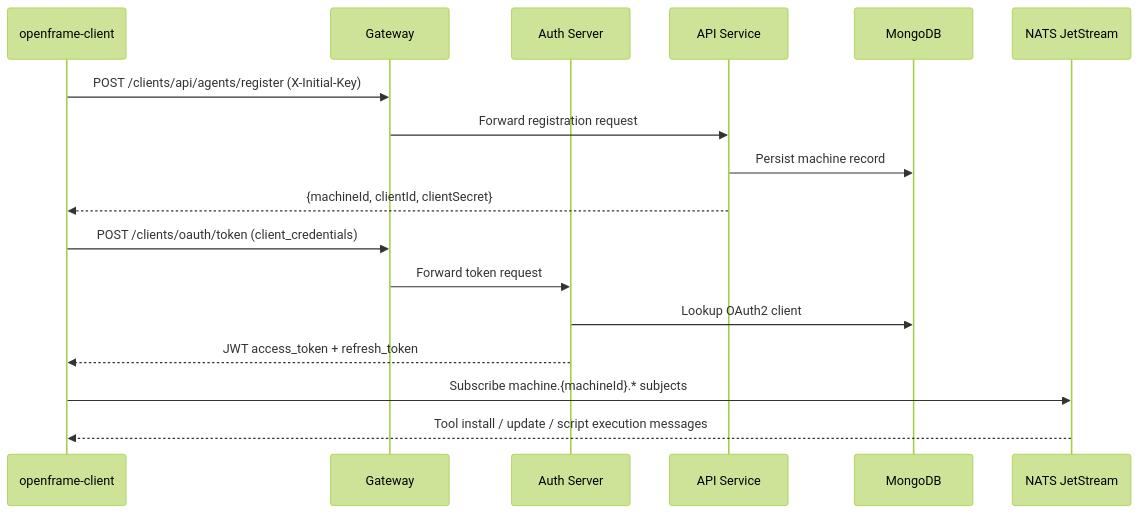
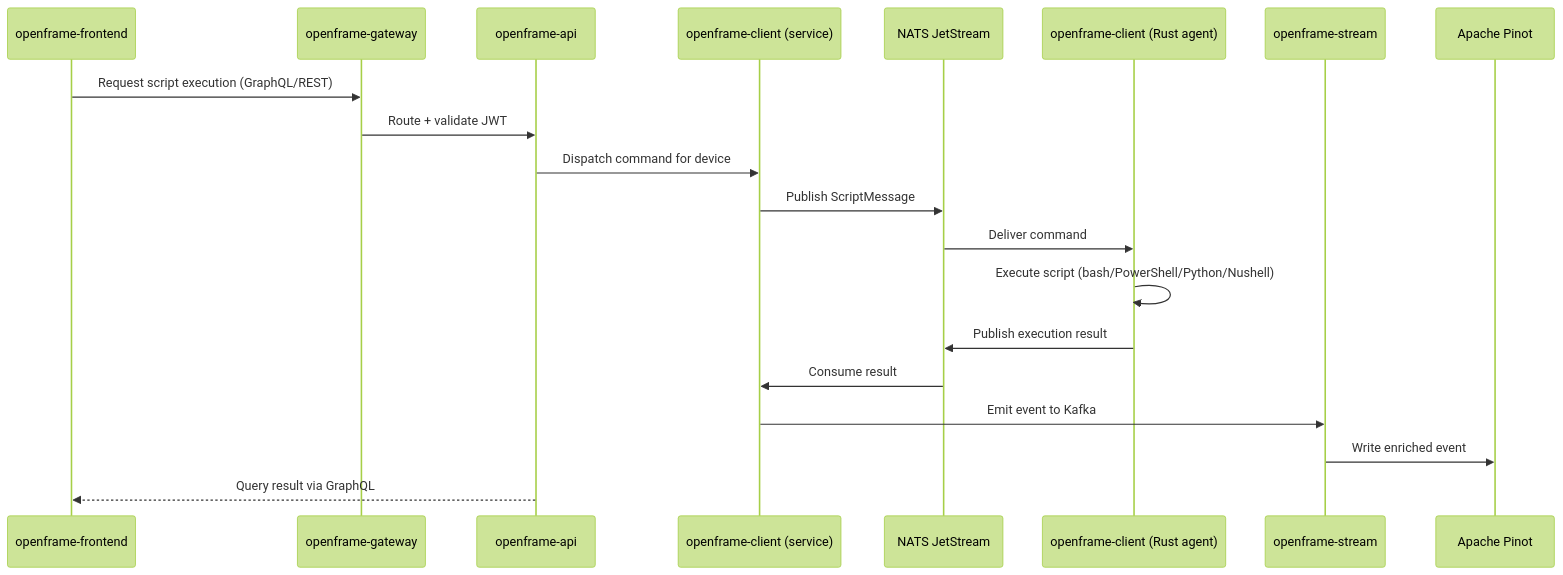
Before and after one commit to flamingo-stack/openframe-oss-tenant: the third of 4 diagrams in docs/development/architecture/README.md, drawn with Mermaid (forest theme). The commit also changed other lines of this file and 28 other files, not shown here.

````diff
--- a/docs/development/architecture/README.md
+++ b/docs/development/architecture/README.md
@@ -82,20 +114,23 @@
 ```mermaid
 sequenceDiagram
-    participant Agent as openframe-client
-    participant GW as Gateway
-    participant Auth as Auth Server
-    participant API as API Service
-    participant Mongo as MongoDB
+    participant UI as openframe-frontend
+    participant GW as openframe-gateway
+    participant API as openframe-api
+    participant CS as openframe-client (service)
     participant NATS as NATS JetStream
+    participant Agent as openframe-client (Rust agent)
+    participant Stream as openframe-stream
+    participant Pinot as Apache Pinot
 
-    Agent->>GW: POST /clients/api/agents/register (X-Initial-Key)
-    GW->>API: Forward registration request
-    API->>Mongo: Persist machine record
-    API-->>Agent: {machineId, clientId, clientSecret}
-    Agent->>GW: POST /clients/oauth/token (client_credentials)
-    GW->>Auth: Forward token request
-    Auth->>Mongo: Lookup OAuth2 client
-    Auth-->>Agent: JWT access_token + refresh_token
-    Agent->>NATS: Subscribe machine.{machineId}.* subjects
-    NATS-->>Agent: Tool install / update / script execution messages
+    UI->>GW: Request script execution (GraphQL/REST)
+    GW->>API: Route + validate JWT
+    API->>CS: Dispatch command for device
+    CS->>NATS: Publish ScriptMessage
+    NATS->>Agent: Deliver command
+    Agent->>Agent: Execute script (bash/PowerShell/Python/Nushell)
+    Agent->>NATS: Publish execution result
+    NATS->>CS: Consume result
+    CS->>Stream: Emit event to Kafka
+    Stream->>Pinot: Write enriched event
+    API-->>UI: Query result via GraphQL
 ```
````
